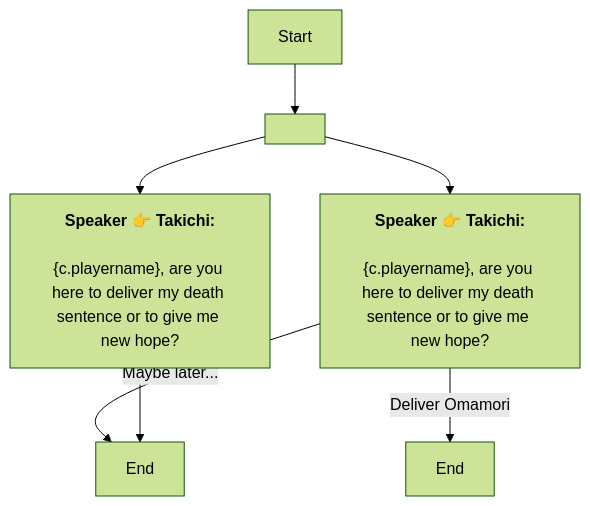
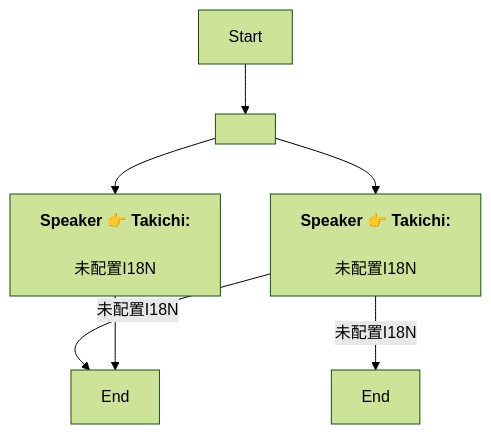
The diagram in En/QuestNPCDeliveryENode_1776053243699680.md (SoftHu/tos_avg), drawn with Mermaid (forest theme) before and after one commit. The commit also changed 730 other files, not shown here.

````diff
--- a/En/QuestNPCDeliveryENode_1776053243699680.md
+++ b/En/QuestNPCDeliveryENode_1776053243699680.md
@@ -1,12 +1,12 @@
 ```mermaid
 graph
 Start -->1776053487366635[ ]
 1776053487366635 -->1776053487372794[<b>Speaker 👉 Takichi:</b>
-\n&lbrace;c.playername&rbrace;, are you here to deliver my death sentence or to give me new hope?]
+\n未配置I18N]
 1776053487366635 -->1776053487367660[<b>Speaker 👉 Takichi:</b>
-\n&lbrace;c.playername&rbrace;, are you here to deliver my death sentence or to give me new hope?]
-1776053487367660 -->|Deliver Omamori|1776053487371769[End]
-1776053487367660 -->|Maybe later...|1776053487369716[End]
+\n未配置I18N]
+1776053487367660 -->|未配置I18N|1776053487371769[End]
+1776053487367660 -->|未配置I18N|1776053487369716[End]
 1776053487372794 -->1776053487369716[End]
 
 ```
````
